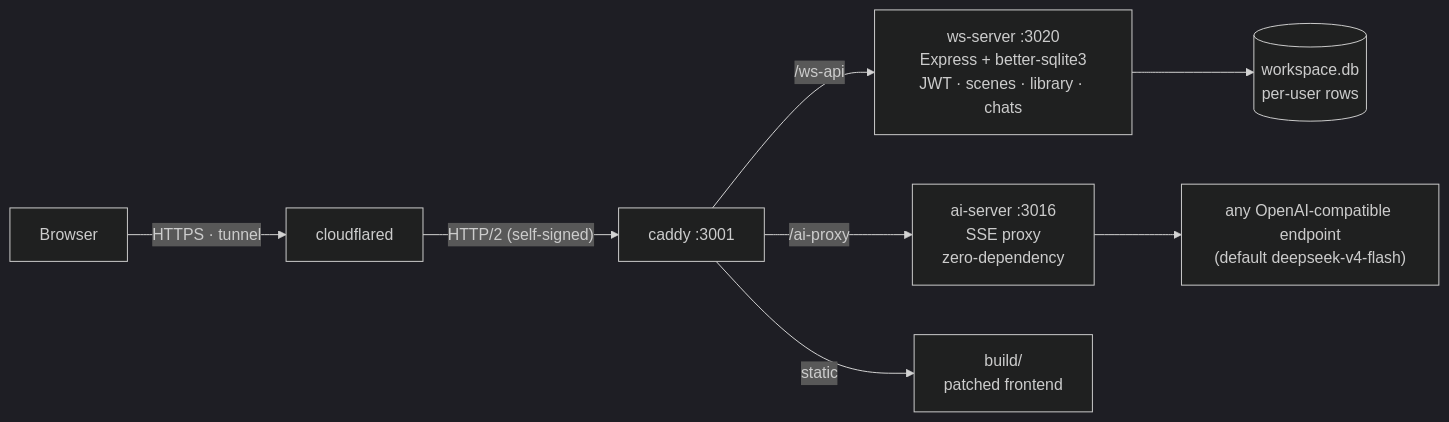
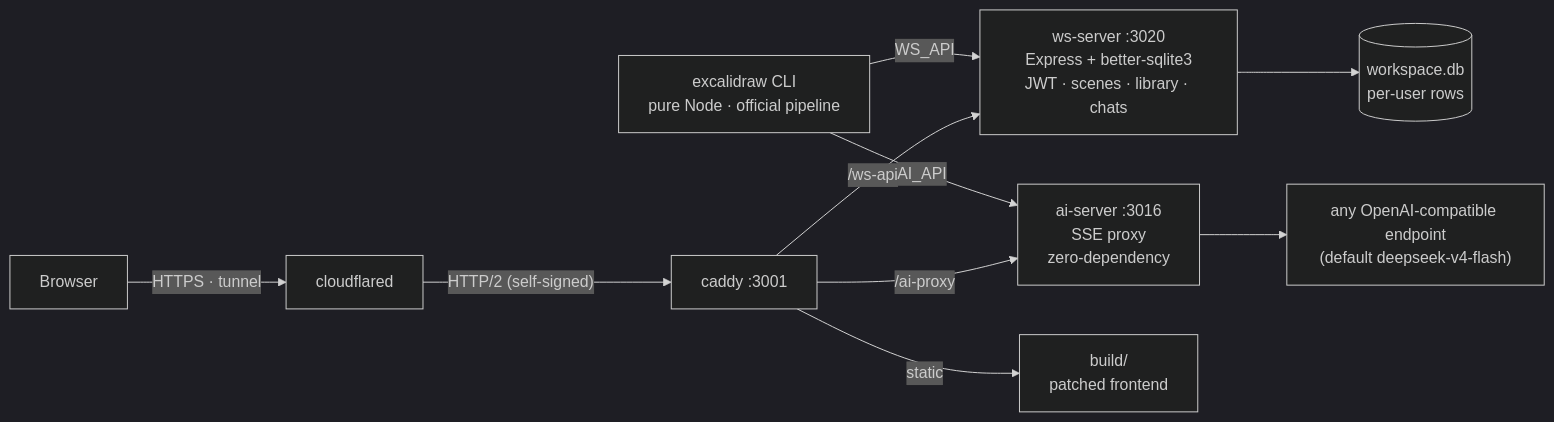
One commit to Thunsis/excalidraw-selfhost changed the first of 4 diagrams in README.md. Above: the diagram before and after it, drawn with Mermaid (dark theme). The commit also changed other lines of this file and 1 other file, not shown here.

First line of the commit message:
docs: README 新增 CLI 章节 + 示例图（CLI 生成的场景截图）

````diff
--- a/README.md
+++ b/README.md
@@ -106,10 +124,12 @@
 ```mermaid
 flowchart LR
     B["Browser"] -->|"HTTPS · tunnel"| CF["cloudflared"]
     CF -->|"HTTP/2 (self-signed)"| C["caddy :3001"]
     C -->|"/ws-api"| WS["ws-server :3020<br/>Express + better-sqlite3<br/>JWT · scenes · library · chats"]
     C -->|"/ai-proxy"| AI["ai-server :3016<br/>SSE proxy<br/>zero-dependency"]
     C -->|"static"| F["build/<br/>patched frontend"]
+    CLI["excalidraw CLI<br/>pure Node · official pipeline"] -->|"WS_API"| WS
+    CLI -->|"AI_API"| AI
     WS --> DB[("workspace.db<br/>per-user rows")]
     AI --> LLM["any OpenAI-compatible endpoint<br/>(default deepseek-v4-flash)"]
 ```
````
